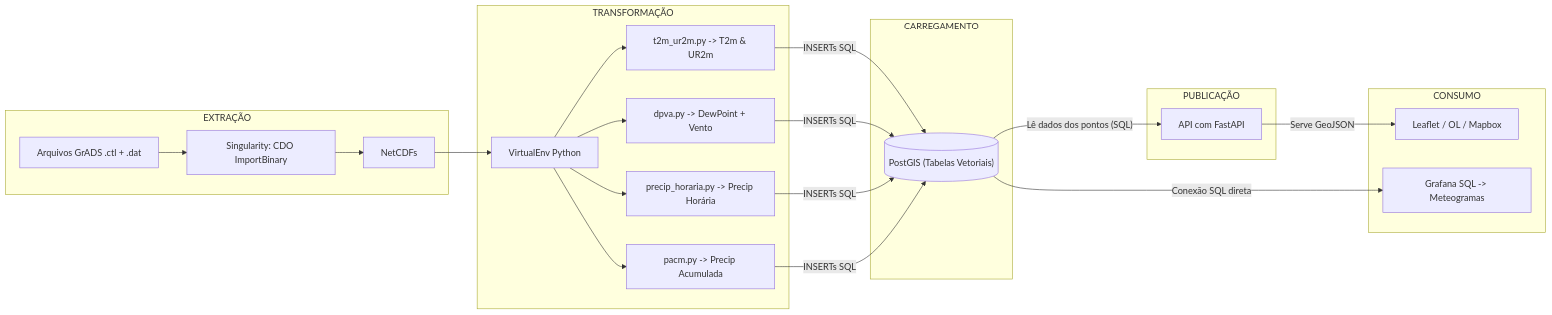
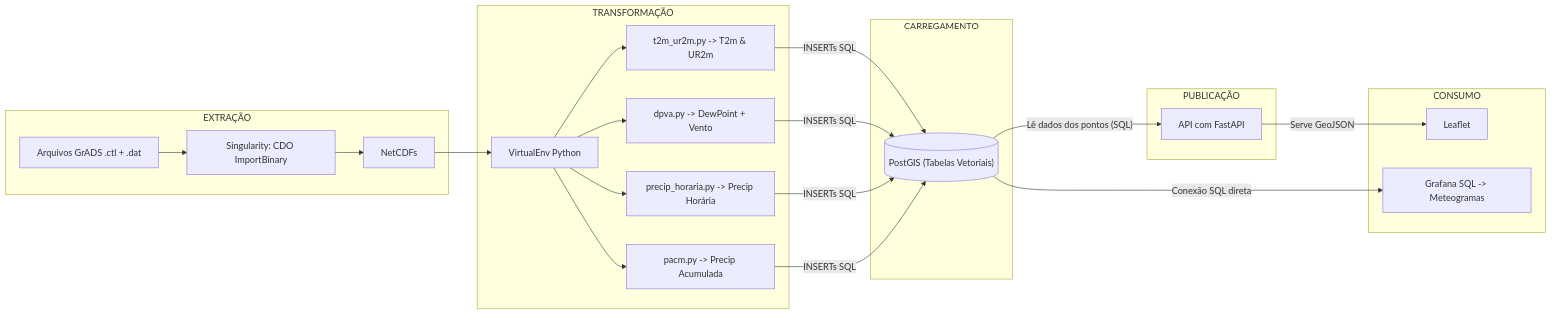
Before and after one commit to AndersonGACFilho/CEMPA-CTL-GRA-extractor-api: the first of 2 diagrams in Documents/Visão Geral - ETL/Ideação ETL.md, drawn with Mermaid.

Commit message:
Update Ideação ETL.md

````diff
--- a/Documents/Visão Geral - ETL/Ideação ETL.md
+++ b/Documents/Visão Geral - ETL/Ideação ETL.md
@@ -24,28 +24,28 @@
 ```mermaid
 graph LR
   subgraph EXTRAÇÃO
     A1["Arquivos GrADS .ctl + .dat"] --> A2["Singularity: CDO ImportBinary"];
     A2 --> B1["NetCDFs"];
   end
 
   subgraph TRANSFORMAÇÃO
     B1 --> C1["VirtualEnv Python"];
     C1 --> C2["t2m_ur2m.py -> T2m & UR2m"];
     C1 --> C3["dpva.py -> DewPoint + Vento"];
     C1 --> C4["precip_horaria.py -> Precip Horária"];
     C1 --> C5["pacm.py -> Precip Acumulada"];
   end
 
   subgraph CARREGAMENTO
     C2 & C3 & C4 & C5 -- "INSERTs SQL" --> D1[("PostGIS (Tabelas Vetoriais)")];
   end
 
   subgraph PUBLICAÇÃO
     D1 -- "Lê dados dos pontos (SQL)" --> E1["API com FastAPI"];
   end
 
   subgraph CONSUMO
-    E1 -- "Serve GeoJSON" --> G1["Leaflet / OL / Mapbox"];
+    E1 -- "Serve GeoJSON" --> G1["Leaflet"];
     D1 -- "Conexão SQL direta" --> G2["Grafana SQL -> Meteogramas"];
   end
 ```
````
